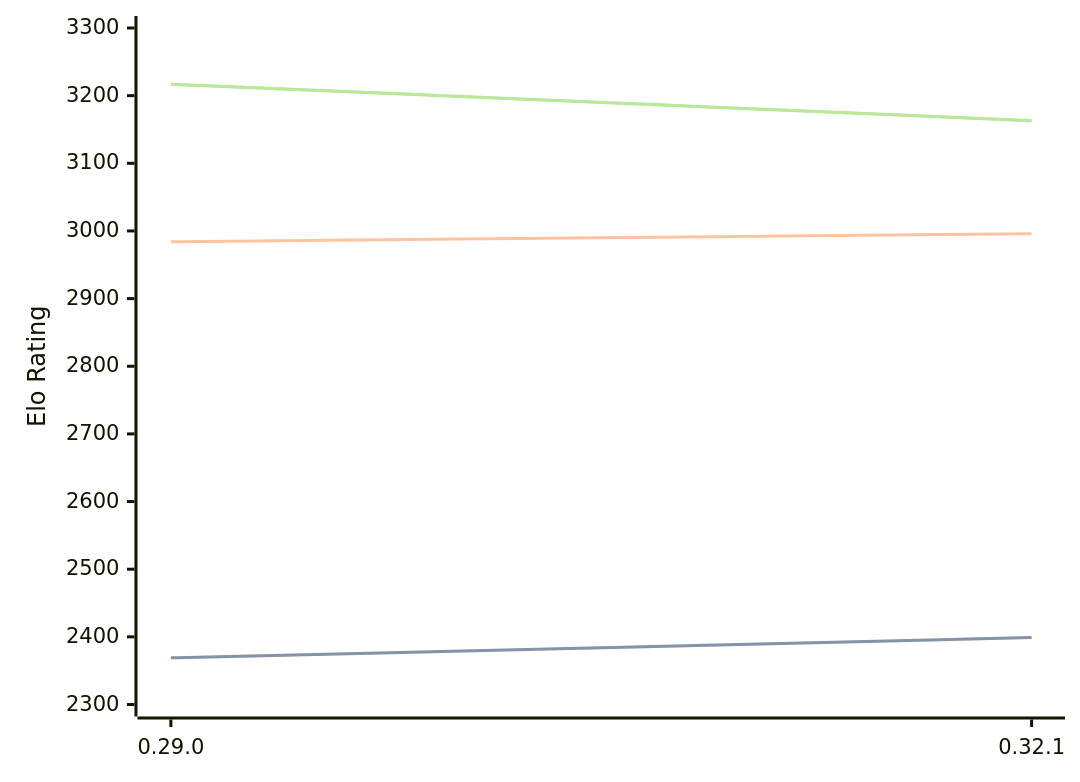
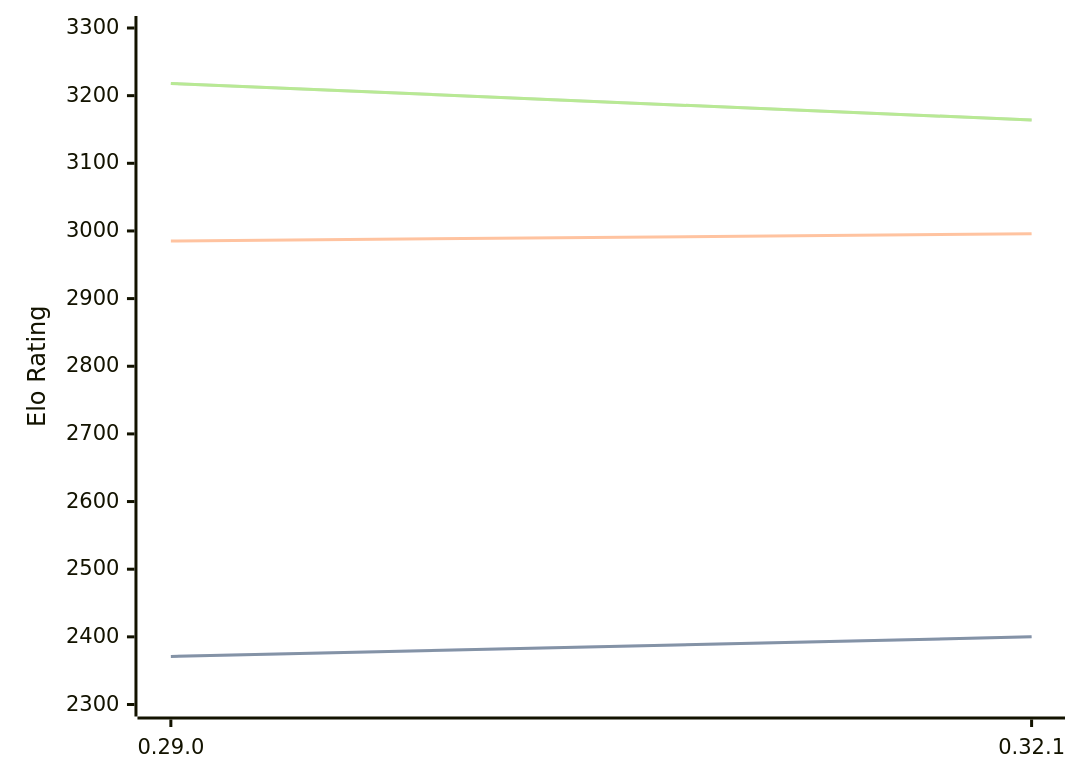
The first of 3 diagrams in engines/Lc0.md (computer-chess-index/cci), drawn with Mermaid before and after one commit. The commit also changed other lines of this file, not shown here.

Commit message:
Update CCI Ratings (ELO VLTC) - 2026-07-08

````diff
--- a/engines/Lc0.md
+++ b/engines/Lc0.md
@@ -68,11 +68,11 @@
 ```mermaid
 %%{init: {"theme":"base","themeVariables":{"seriesColors:['#a3a3a3','#222221','#faa371']}}}%%
 xychart-beta
   x-axis ["0.29.0", "0.32.1"]
   y-axis "Elo Rating" 2300 --> 3300
-  line "STC (8.0+0.08s)" [2369, 2399]
-  line "STC (8.0+0.08s)" [2369, 2399]
-  line "LTC (60.0+0.60s)" [2984, 2996]
-  line "VLTC (2m24s+1.12s)" [3217, 3163]
-  line "VLTC (2m24s+1.12s)" [3217, 3163]
+  line "STC (8.0+0.08s)" [2371, 2400]
+  line "STC (8.0+0.08s)" [2371, 2400]
+  line "LTC (60.0+0.60s)" [2985, 2996]
+  line "VLTC (2m24s+1.12s)" [3218, 3164]
+  line "VLTC (2m24s+1.12s)" [3218, 3164]
 ```
````
